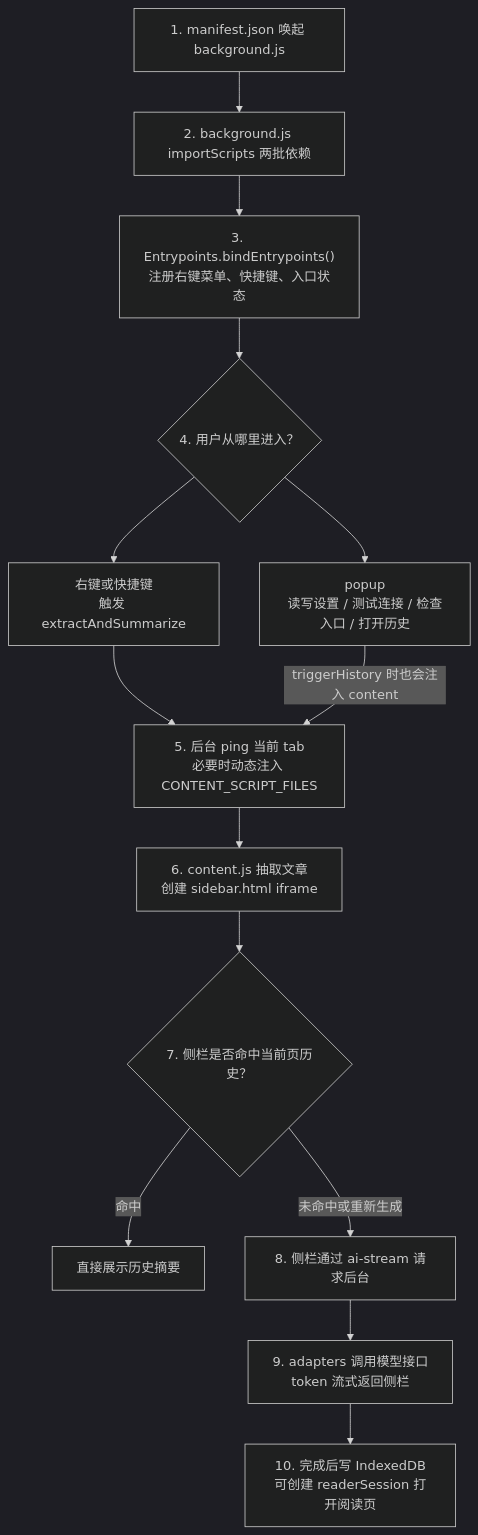
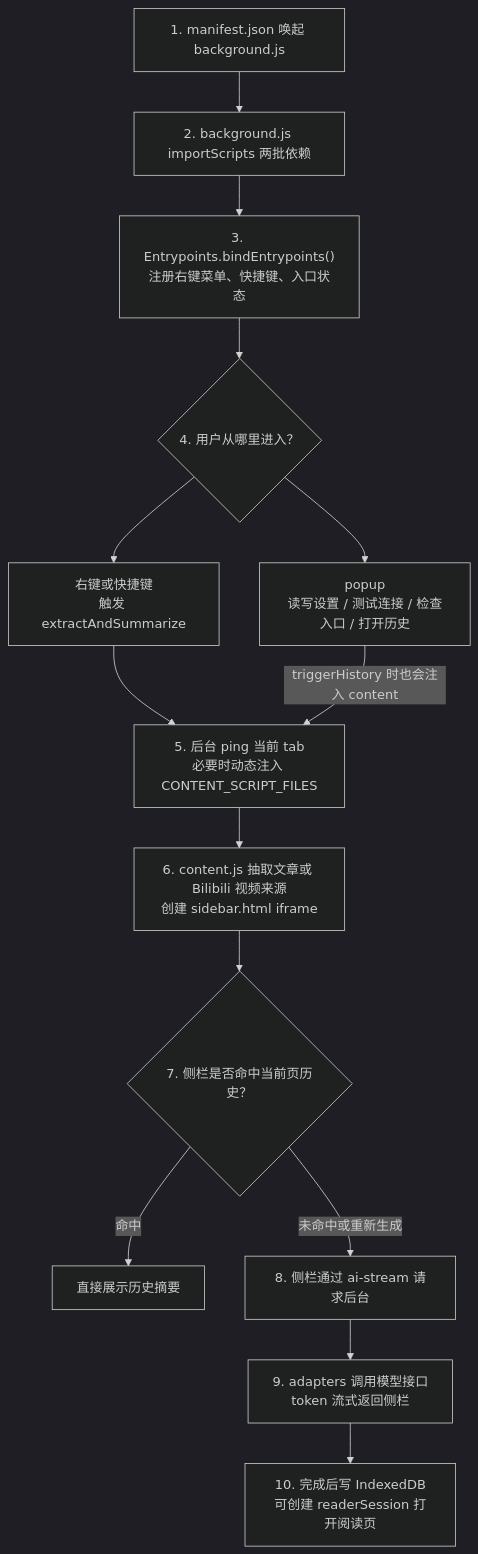
The third of 3 diagrams in docs/TECHNICAL_ARCHITECTURE.md (mutuyihao/yilan), drawn with Mermaid (dark theme) before and after one commit. The commit also changed other lines of this file and 20 other files, not shown here.

````diff
--- a/docs/TECHNICAL_ARCHITECTURE.md
+++ b/docs/TECHNICAL_ARCHITECTURE.md
@@ -82,23 +82,23 @@
 ```mermaid
 flowchart TB
   A["1. manifest.json 唤起 background.js"]
   B["2. background.js importScripts 两批依赖"]
   C["3. Entrypoints.bindEntrypoints()<br/>注册右键菜单、快捷键、入口状态"]
   D{"4. 用户从哪里进入？"}
   E["popup<br/>读写设置 / 测试连接 / 检查入口 / 打开历史"]
   F["右键或快捷键<br/>触发 extractAndSummarize"]
   G["5. 后台 ping 当前 tab<br/>必要时动态注入 CONTENT_SCRIPT_FILES"]
-  H["6. content.js 抽取文章<br/>创建 sidebar.html iframe"]
+  H["6. content.js 抽取文章或 Bilibili 视频来源<br/>创建 sidebar.html iframe"]
   I{"7. 侧栏是否命中当前页历史？"}
   J["直接展示历史摘要"]
   K["8. 侧栏通过 ai-stream 请求后台"]
   L["9. adapters 调用模型接口<br/>token 流式返回侧栏"]
   M["10. 完成后写 IndexedDB<br/>可创建 readerSession 打开阅读页"]
 
   A --> B --> C --> D
   D --> E
   D --> F --> G --> H --> I
   E -- triggerHistory 时也会注入 content --> G
   I -->|命中| J
   I -->|未命中或重新生成| K --> L --> M
 ```
````
